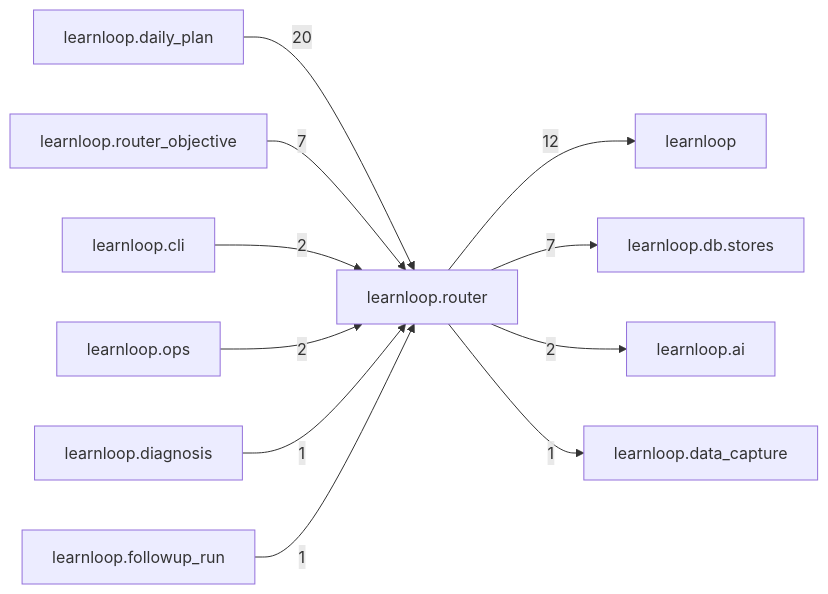
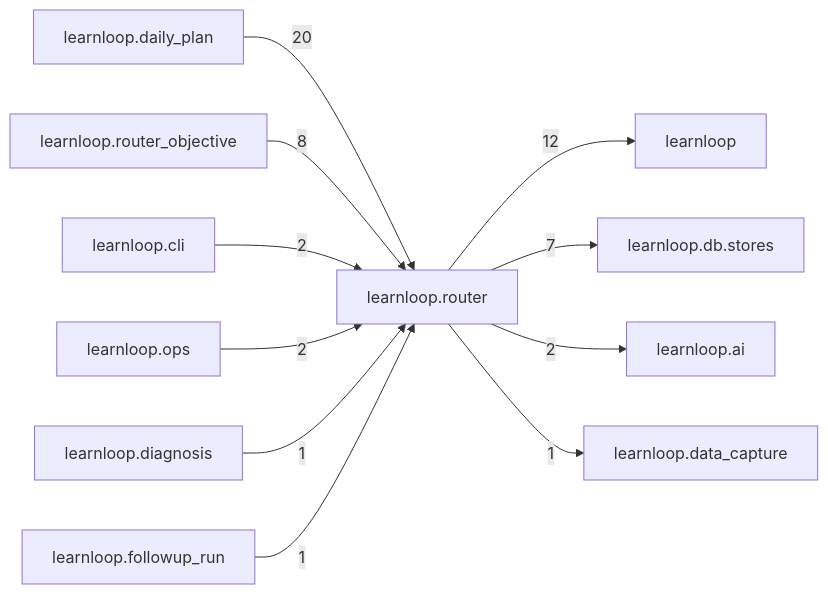
Before and after one commit to 6up-b/learnanything: the diagram in docs/learnloop-architecture-vault/Reference/Modules/learnloop/router/_package.md, drawn with Mermaid. The commit also changed other lines of this file and 23 other files, not shown here.

````diff
--- a/docs/learnloop-architecture-vault/Reference/Modules/learnloop/router/_package.md
+++ b/docs/learnloop-architecture-vault/Reference/Modules/learnloop/router/_package.md
@@ -96,24 +96,24 @@
 ```mermaid
 flowchart LR
     center["learnloop.router"]
     n_learnloop_daily_plan["learnloop.daily_plan"]
     n_learnloop["learnloop"]
+    n_learnloop_router_objective["learnloop.router_objective"]
     n_learnloop_db_stores["learnloop.db.stores"]
-    n_learnloop_router_objective["learnloop.router_objective"]
     n_learnloop_ai["learnloop.ai"]
     n_learnloop_cli["learnloop.cli"]
     n_learnloop_ops["learnloop.ops"]
     n_learnloop_data_capture["learnloop.data_capture"]
     n_learnloop_diagnosis["learnloop.diagnosis"]
     n_learnloop_followup_run["learnloop.followup_run"]
     n_learnloop_daily_plan -->|20| center
     center -->|12| n_learnloop
+    n_learnloop_router_objective -->|8| center
     center -->|7| n_learnloop_db_stores
-    n_learnloop_router_objective -->|7| center
     center -->|2| n_learnloop_ai
     n_learnloop_cli -->|2| center
     n_learnloop_ops -->|2| center
     center -->|1| n_learnloop_data_capture
     n_learnloop_diagnosis -->|1| center
     n_learnloop_followup_run -->|1| center
 ```
````
